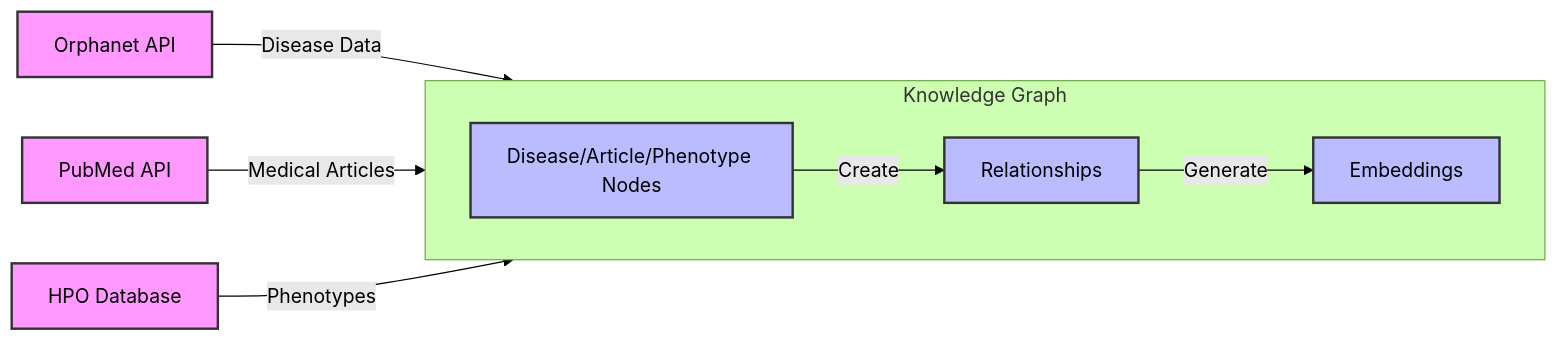
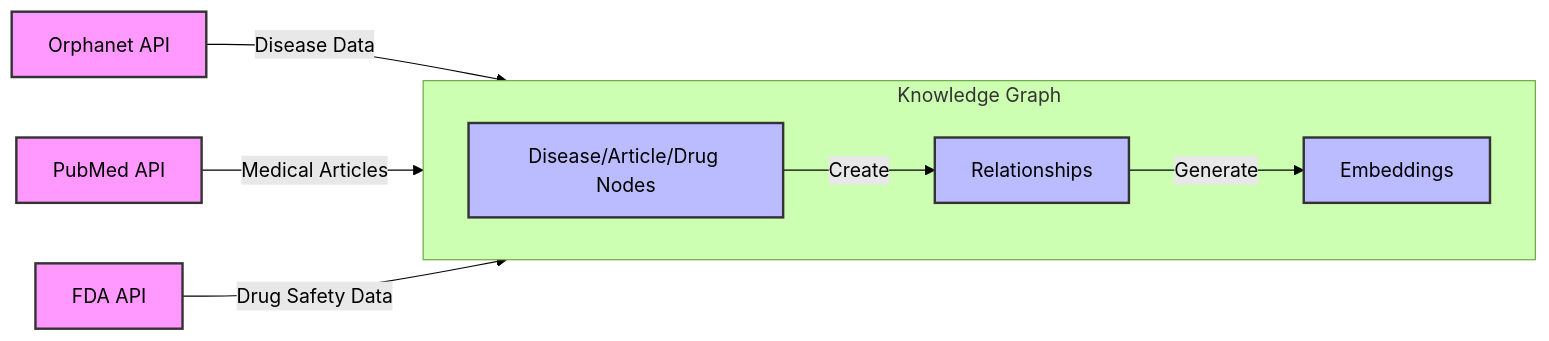
The second of 2 diagrams in README.md (namrathavpatil/Disease-Diagnosis-Assistant), drawn with Mermaid (forest theme) before and after one commit. The commit also changed other lines of this file and 40 other files, not shown here.

````diff
--- a/README.md
+++ b/README.md
@@ -87,20 +87,20 @@
 ```mermaid
 graph LR
     %% Data Sources
     Orphanet[Orphanet API] --> |Disease Data| KG
     PubMed[PubMed API] --> |Medical Articles| KG
-    HPO[HPO Database] --> |Phenotypes| KG
+    FDA[FDA API] --> |Drug Safety Data| KG
 
     subgraph KG[Knowledge Graph]
         direction LR
-        Nodes[Disease/Article/Phenotype Nodes] --> |Create| Edges[Relationships]
+        Nodes[Disease/Article/Drug Nodes] --> |Create| Edges[Relationships]
         Edges --> |Generate| Embed[Embeddings]
     end
 
     %% Styling
     classDef source fill:#f9f,stroke:#333,stroke-width:2px,color:#000
     classDef process fill:#bbf,stroke:#333,stroke-width:2px,color:#000
 
-    class Orphanet,PubMed,HPO source
+    class Orphanet,PubMed,FDA source
     class Nodes,Edges,Embed process
 ```
````
